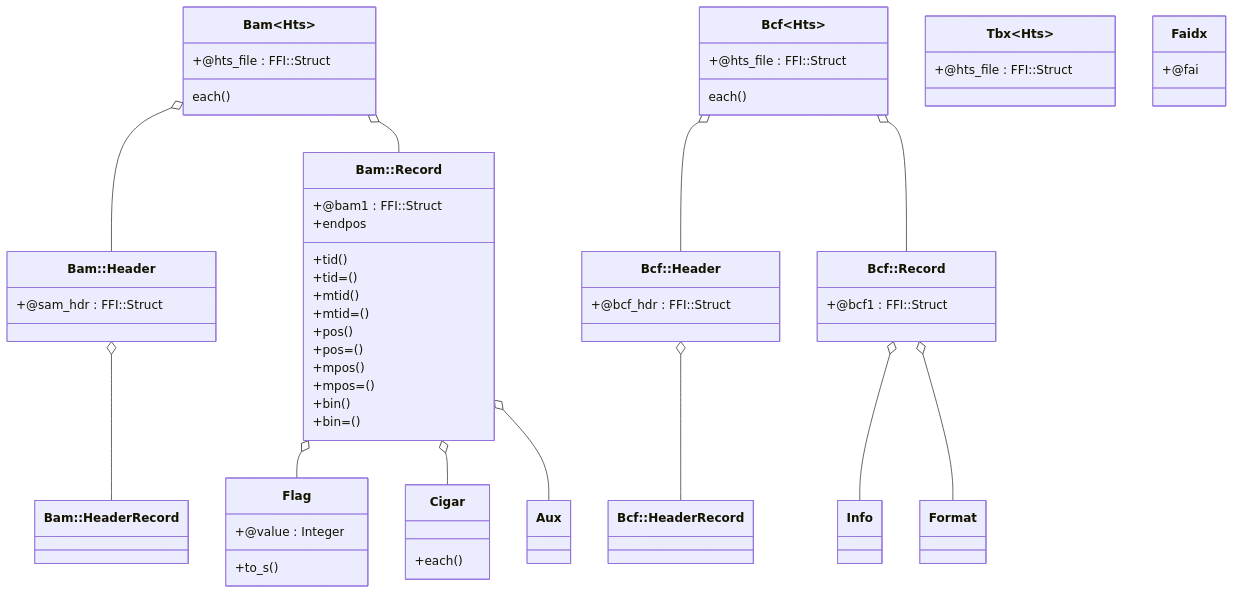
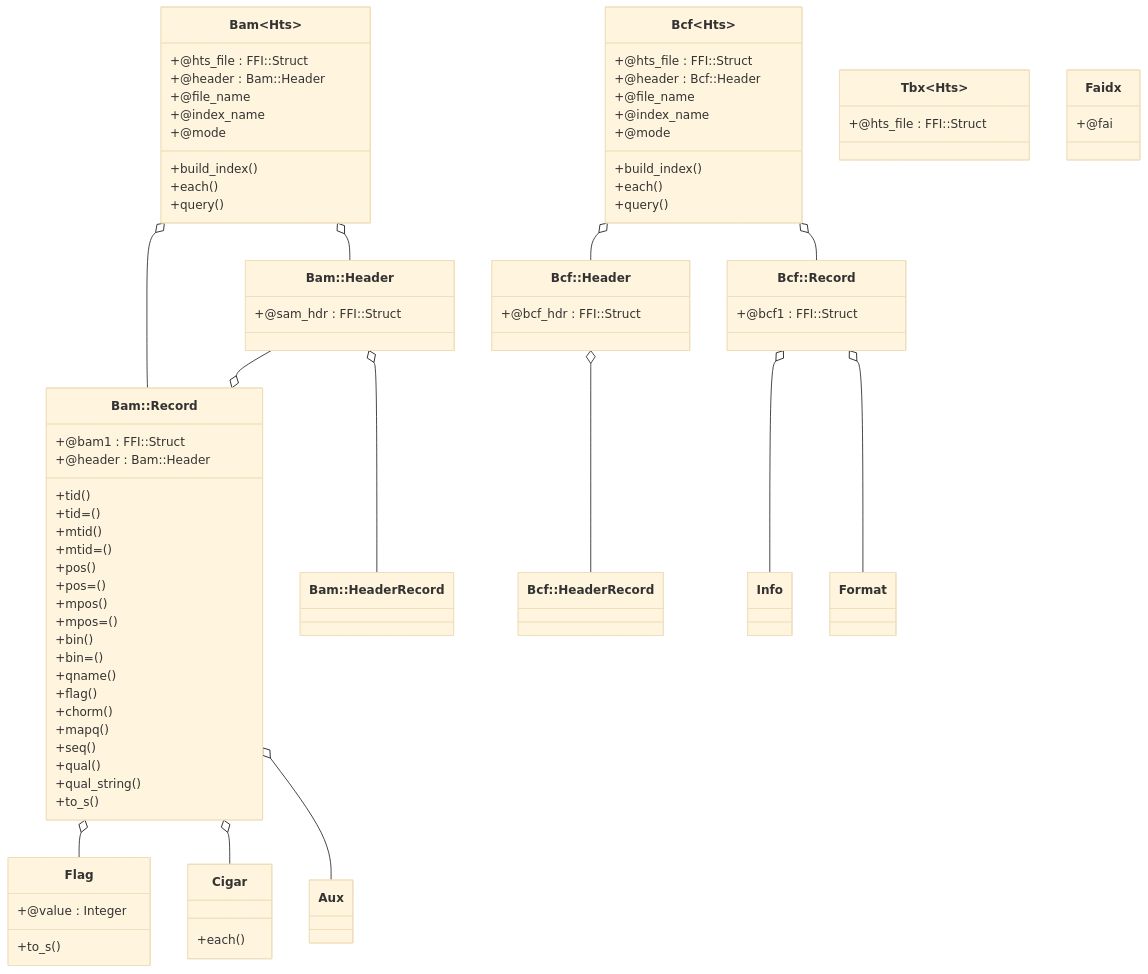
One commit to kojix2/ruby-htslib changed the diagram in TUTORIAL.md. Above: the diagram before and after it, drawn with Mermaid.

````diff
--- a/TUTORIAL.md
+++ b/TUTORIAL.md
@@ -3,59 +3,81 @@
 ```mermaid
+%%{init:{'theme':'base'}}%%
 classDiagram
 Bam~Hts~ o-- `Bam::Header`
 Bam o-- `Bam::Record`
+`Bam::Header` --o `Bam::Record`
 Bcf~Hts~ o-- `Bcf::Header`
 Bcf o-- `Bcf::Record`
 `Bam::Header` o-- `Bam::HeaderRecord`
 `Bcf::Header` o-- `Bcf::HeaderRecord`
 `Bam::Record` o-- Flag
 `Bam::Record` o-- Cigar
 `Bam::Record` o-- Aux
 `Bcf::Record` o-- Info
 `Bcf::Record` o-- Format
 class Bam{
   +@hts_file : FFI::Struct
-  each()
+  +@header : Bam::Header
+  +@file_name
+  +@index_name
+  +@mode
+  +build_index()
+  +each()
+  +query()
 }
 class Bcf{
   +@hts_file : FFI::Struct
-  each()
+  +@header : Bcf::Header
+  +@file_name
+  +@index_name
+  +@mode
+  +build_index()
+  +each()
+  +query()
 }
 class Tbx~Hts~{
   +@hts_file : FFI::Struct
 }
 class `Bam::Header`{
   +@sam_hdr : FFI::Struct
 }
 class `Bam::Record` {
   +@bam1 : FFI::Struct
+  +@header : Bam::Header
   +tid()
   +tid=()
   +mtid()
   +mtid=()
   +pos()
   +pos=()
   +mpos()
   +mpos=()
   +bin()
   +bin=()
-  +endpos
+  +qname()
+  +flag()
+  +chorm()
+  +mapq()
+  +seq()
+  +qual()
+  +qual_string()
+  +to_s()
 }
 class `Bcf::Header`{
   +@bcf_hdr : FFI::Struct
 }
 class `Bcf::Record`{
   +@bcf1 : FFI::Struct
 }
 class Flag {
   +@value : Integer
   +to_s()
 }
 class Cigar {
   +each()
 }
 class Faidx{
   +@fai
 }
 
 ```
````
